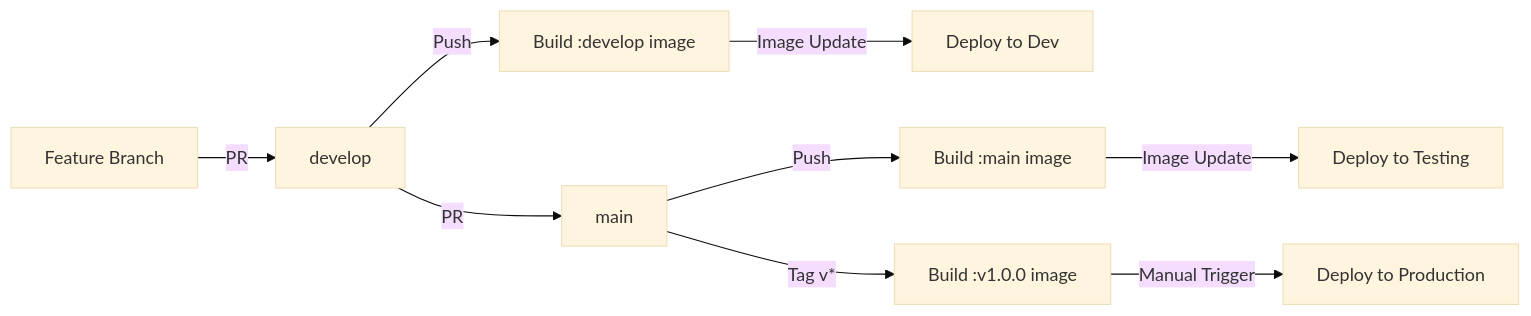
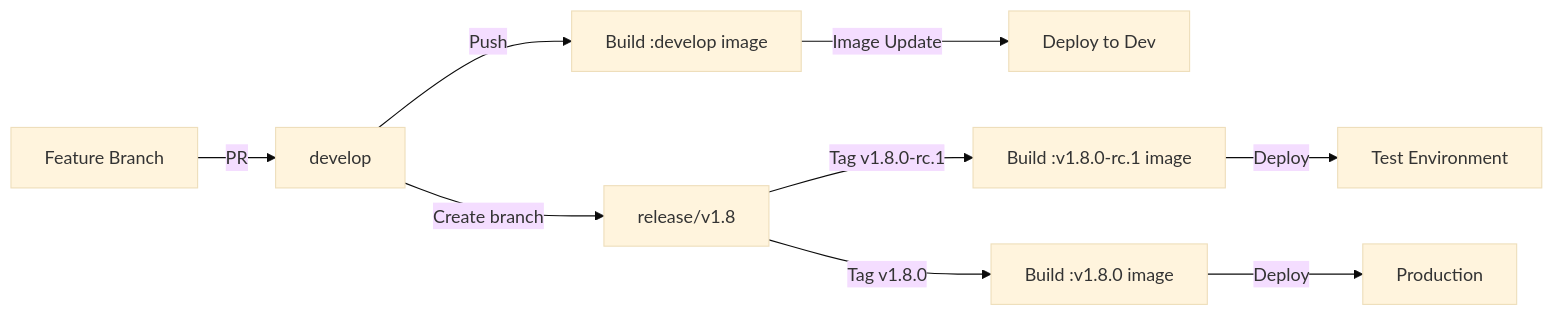
Before and after one commit to eneo-ai/eneo: the first of 2 diagrams in docs/DEPLOYMENT_WORKFLOW.md, drawn with Mermaid (base theme). The commit also changed other lines of this file and 5 other files, not shown here.

Commit message:
ci: simplify to develop + release branches, remove main branch

````diff
--- a/docs/DEPLOYMENT_WORKFLOW.md
+++ b/docs/DEPLOYMENT_WORKFLOW.md
@@ -19,11 +24,11 @@
 ```mermaid
 graph LR
     A[Feature Branch] -->|PR| B[develop]
     B -->|Push| C[Build :develop image]
     C -->|Image Update| D[Deploy to Dev]
-    B -->|PR| E[main]
-    E -->|Push| F[Build :main image]
-    F -->|Image Update| G[Deploy to Testing]
-    E -->|Tag v*| H[Build :v1.0.0 image]
-    H -->|Manual Trigger| I[Deploy to Production]
+    B -->|Create branch| E[release/v1.8]
+    E -->|Tag v1.8.0-rc.1| F[Build :v1.8.0-rc.1 image]
+    F -->|Deploy| G[Test Environment]
+    E -->|Tag v1.8.0| H[Build :v1.8.0 image]
+    H -->|Deploy| I[Production]
 ```
````
